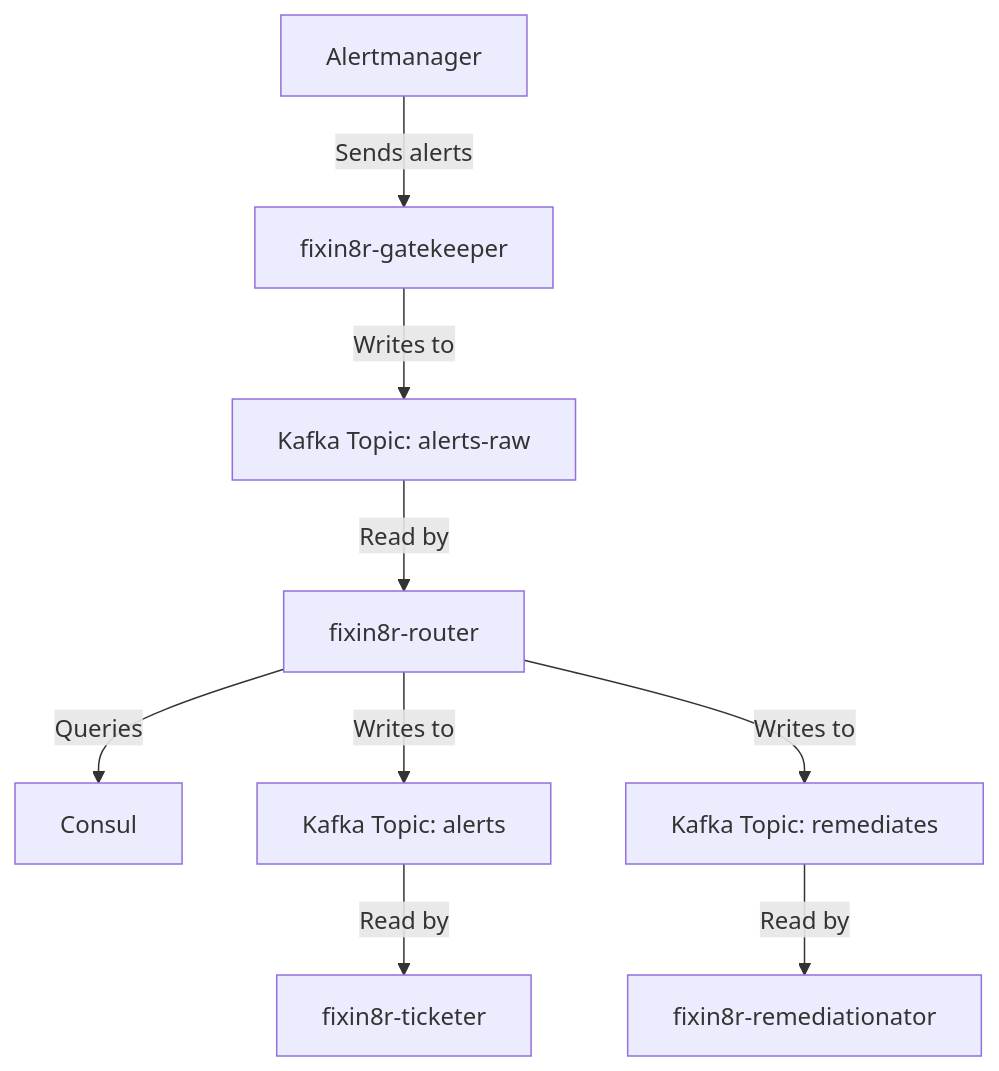
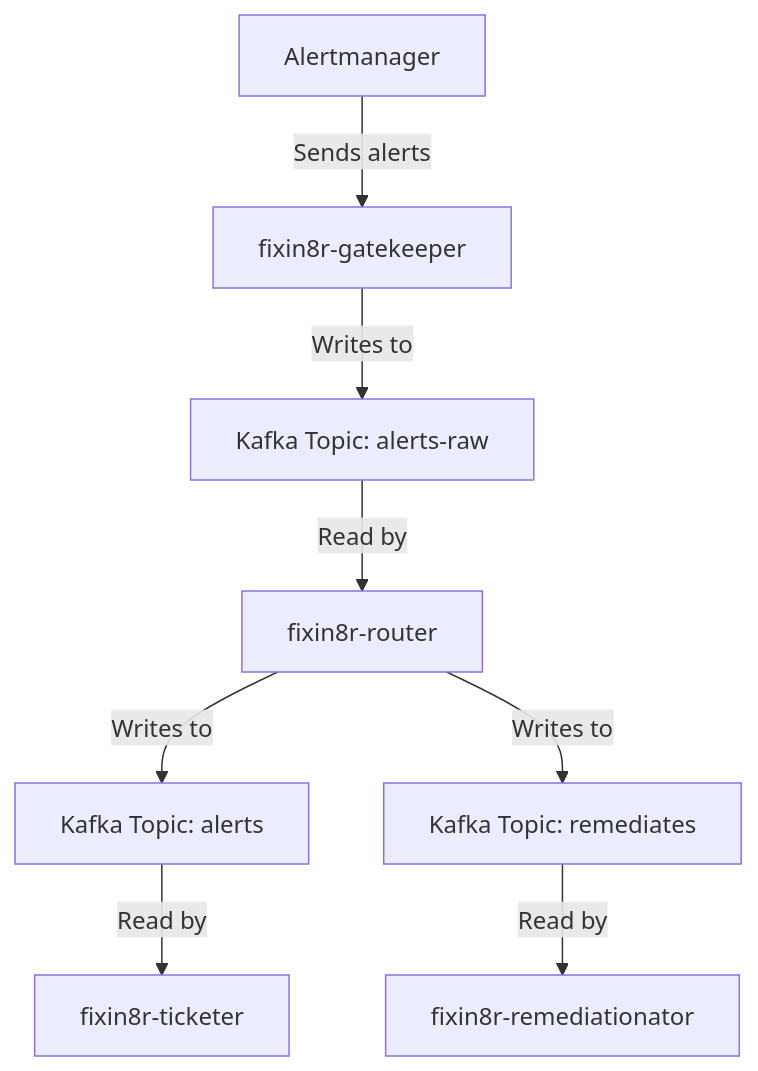
The diagram in README.md (tjtharrison/fixin8r-global), drawn with Mermaid before and after one commit. The commit also changed 1 other file, not shown here.

Commit message:
feat: Add redis

````diff
--- a/README.md
+++ b/README.md
@@ -8,11 +8,10 @@
 ```mermaid
 graph TD
     Alertmanager -->|Sends alerts| Gatekeeper["fixin8r-gatekeeper"]
     Gatekeeper -->|Writes to| KafkaTopic["Kafka Topic: alerts-raw"]
     KafkaTopic -->|Read by| Router["fixin8r-router"]
-    Router -->|Queries| Consul
     Router -->|Writes to| AlertsTopic["Kafka Topic: alerts"]
     Router -->|Writes to| RemediatesTopic["Kafka Topic: remediates"]
     AlertsTopic -->|Read by| Ticketer["fixin8r-ticketer"]
     RemediatesTopic -->|Read by| Remediationator["fixin8r-remediationator"]
 ```
````
